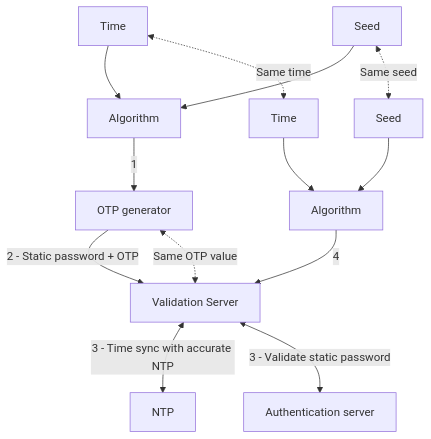
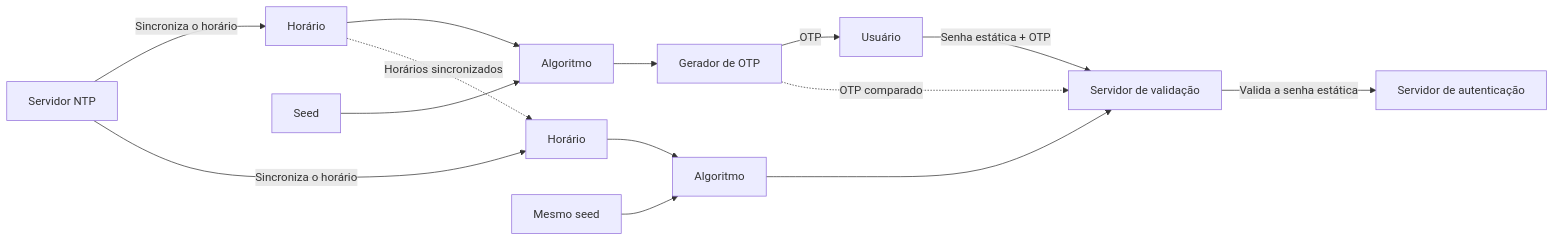
Before and after one commit to AlexPiresFerreira/Network-Security: the diagram in 3. Fortinet/3. Conceitos - FortiGate/3.4. Firewall_Authemtication/344_2FA_e_FortiToken.md, drawn with Mermaid. The commit also changed other lines of this file and 6 other files, not shown here.

````diff
--- a/3. Fortinet/3. Conceitos - FortiGate/3.4. Firewall_Authemtication/344_2FA_e_FortiToken.md
+++ b/3. Fortinet/3. Conceitos - FortiGate/3.4. Firewall_Authemtication/344_2FA_e_FortiToken.md
@@ -7,19 +41,20 @@
 ```mermaid
-flowchart TB
-    T1["Time"] --> A1["Algorithm"]
+flowchart LR
+    T1["Horário"] --> A1["Algoritmo"]
     S1["Seed"] --> A1
-    A1 -->|"1"| OTP["OTP generator"]
+    A1 --> G["Gerador de OTP"]
+    G -->|"OTP"| U["Usuário"]
 
-    OTP -->|"2 - Static password + OTP"| VS["Validation Server"]
+    U -->|"Senha estática + OTP"| V["Servidor de validação"]
 
-    T2["Time"] --> A2["Algorithm"]
-    S2["Seed"] --> A2
-    A2 -->|"4"| VS
+    T2["Horário"] --> A2["Algoritmo"]
+    S2["Mesmo seed"] --> A2
+    A2 --> V
 
-    VS <-->|"3 - Time sync with accurate NTP"| NTP["NTP"]
-    VS <-->|"3 - Validate static password"| AUTH["Authentication server"]
+    T1 -. "Horários sincronizados" .-> T2
+    G -. "OTP comparado" .-> V
 
-    OTP <-.->|"Same OTP value"| VS
-    S1 <-.->|"Same seed"| S2
-    T1 <-.->|"Same time"| T2
+    NTP["Servidor NTP"] -->|"Sincroniza o horário"| T1
+    NTP -->|"Sincroniza o horário"| T2
+    V -->|"Valida a senha estática"| AUTH["Servidor de autenticação"]
 ```
````
